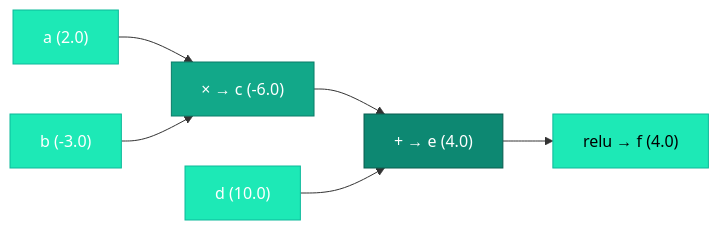
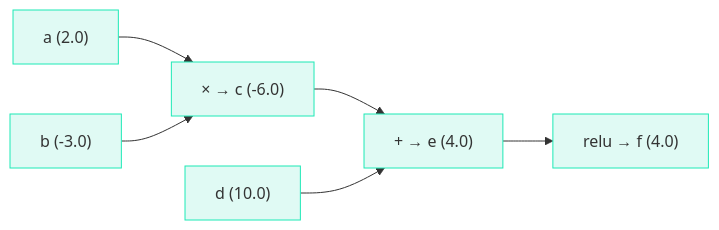
The first of 2 diagrams in docs/02-calculus-and-autograd/03-forward-pass.md (iamkhalid2/microgpt-course), drawn with Mermaid before and after one commit. The commit also changed 21 other files, not shown here.

Commit message:
Fix Mermaid: remove hardcoded text color (theme-adaptive), add mobile scrolling, fix \\n to br

````diff
--- a/docs/02-calculus-and-autograd/03-forward-pass.md
+++ b/docs/02-calculus-and-autograd/03-forward-pass.md
@@ -35,15 +35,15 @@
     ```mermaid
     flowchart LR
         A["a (2.0)"] --> MUL["× → c (-6.0)"]
         B["b (-3.0)"] --> MUL
         MUL --> ADD["+ → e (4.0)"]
         D["d (10.0)"] --> ADD
         ADD --> RELU["relu → f (4.0)"]
 
-        style A fill:#1de9b6,stroke:#0db99a,color:#fff
-        style B fill:#1de9b6,stroke:#0db99a,color:#fff
-        style D fill:#1de9b6,stroke:#0db99a,color:#fff
-        style MUL fill:#12a889,stroke:#0a7d68,color:#fff
-        style ADD fill:#0d8872,stroke:#085c4e,color:#fff
-        style RELU fill:#1de9b6,stroke:#0db99a,color:#000
+        style A fill:#e0faf4,stroke:#1de9b6
+        style B fill:#e0faf4,stroke:#1de9b6
+        style D fill:#e0faf4,stroke:#1de9b6
+        style MUL fill:#e0faf4,stroke:#1de9b6
+        style ADD fill:#e0faf4,stroke:#1de9b6
+        style RELU fill:#e0faf4,stroke:#1de9b6
     ```
````
